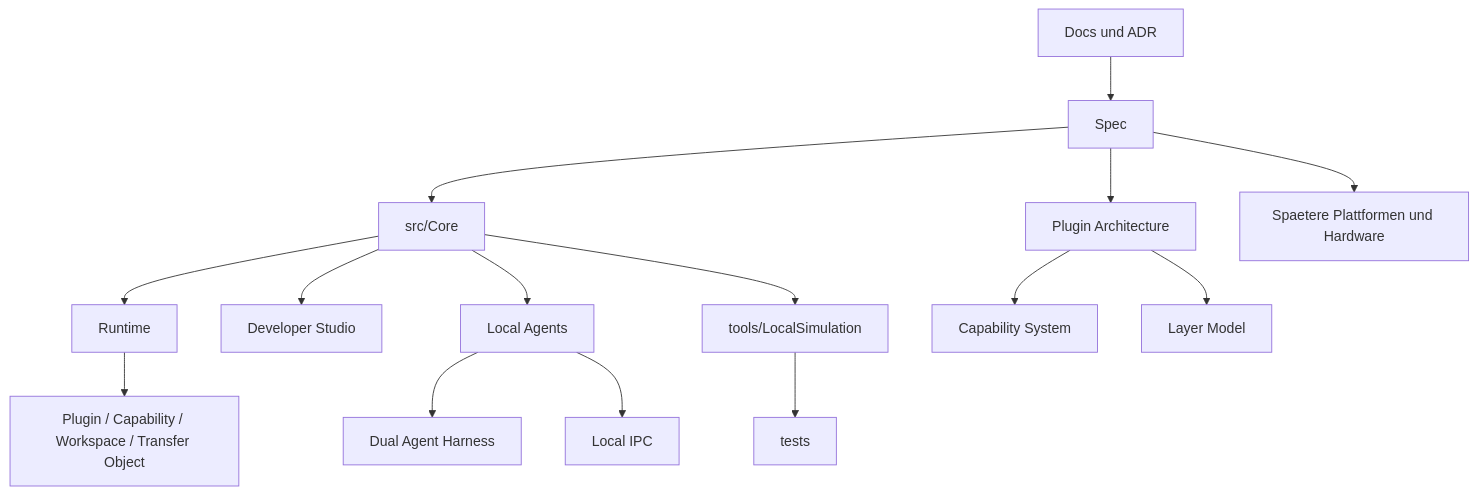
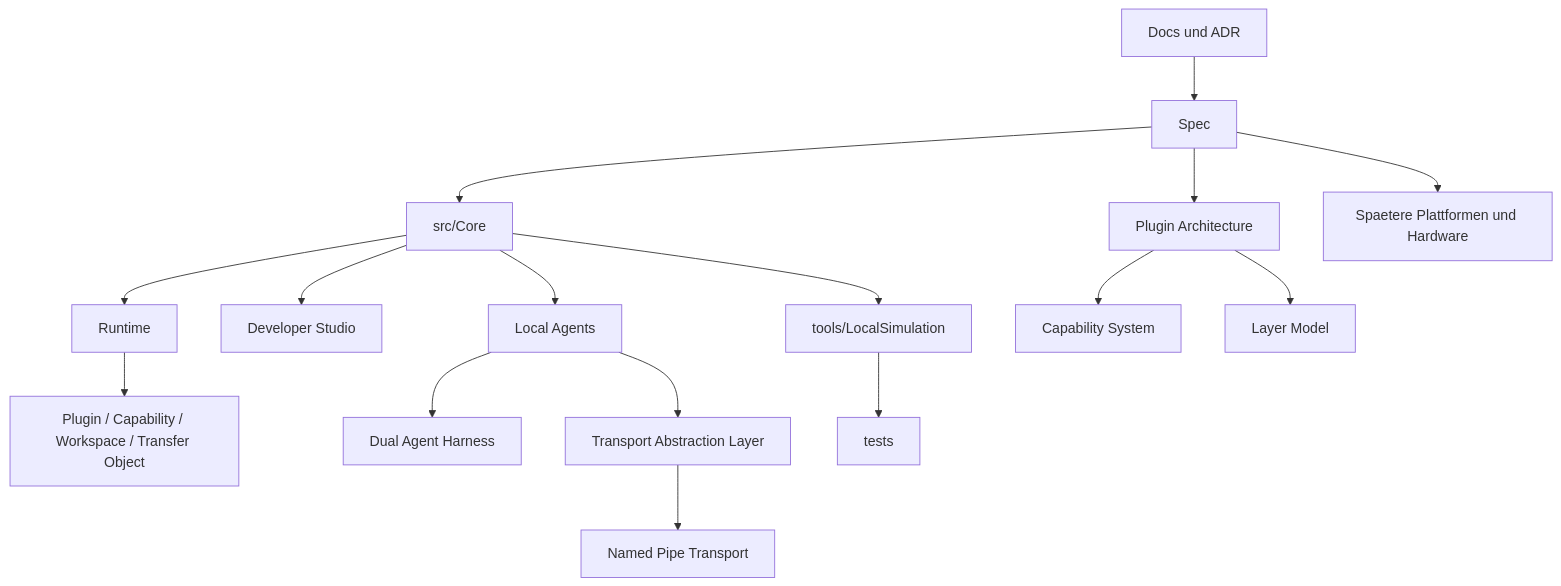
One commit to rk-engineeringAToutlook-de/RKWorkspace changed the diagram in README.md. Above: the diagram before and after it, drawn with Mermaid. The commit also changed other lines of this file and 34 other files, not shown here.

Commit message:
refactor(comm): add transport abstraction layer

````diff
--- a/README.md
+++ b/README.md
@@ -59,17 +60,18 @@
 ```mermaid
 flowchart TB
     Docs["Docs und ADR"] --> Spec["Spec"]
     Spec --> Core["src/Core"]
     Core --> Runtime["Runtime"]
     Runtime --> Managers["Plugin / Capability / Workspace / Transfer Object"]
     Spec --> Plugins["Plugin Architecture"]
     Plugins --> Capabilities["Capability System"]
     Plugins --> Layers["Layer Model"]
     Core --> Studio["Developer Studio"]
     Core --> Agents["Local Agents"]
     Agents --> Harness["Dual Agent Harness"]
-    Agents --> Ipc["Local IPC"]
+    Agents --> Transport["Transport Abstraction Layer"]
+    Transport --> Ipc["Named Pipe Transport"]
     Core --> Simulation["tools/LocalSimulation"]
     Simulation --> Tests["tests"]
     Spec --> Future["Spaetere Plattformen und Hardware"]
 ```
````
